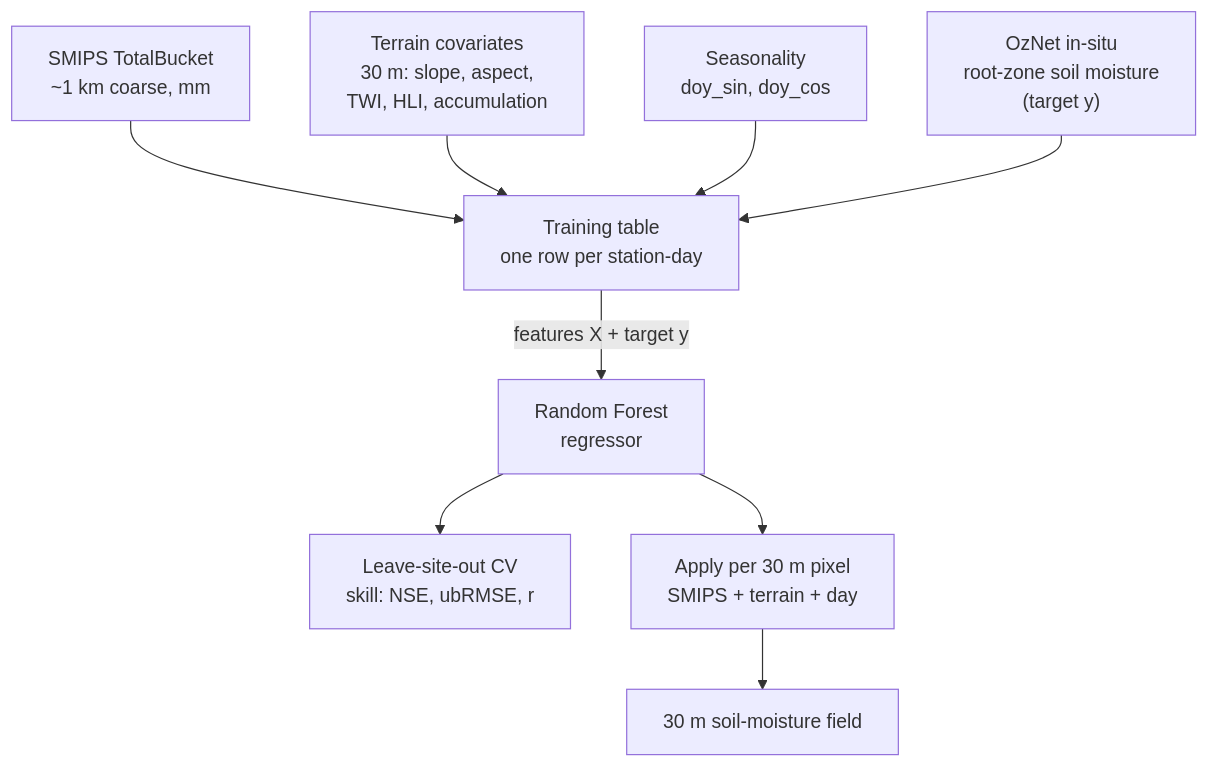
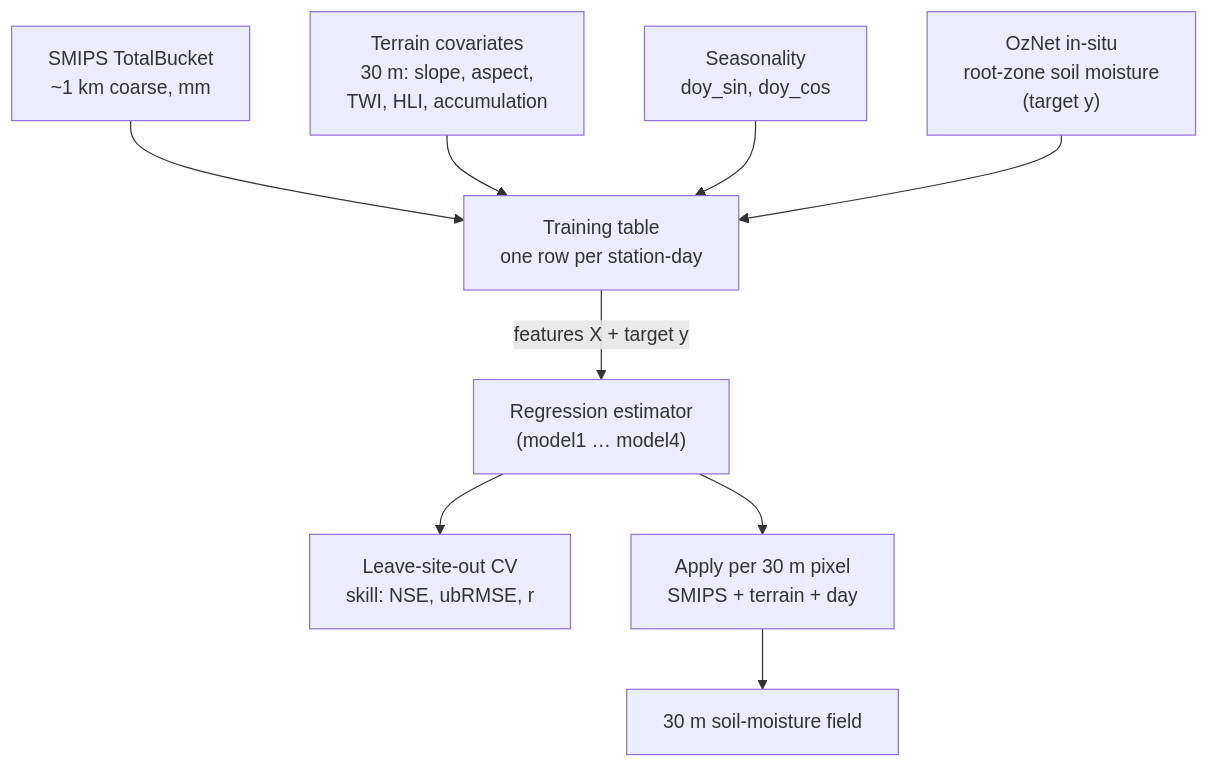
One commit to thestochasticman/DownscalingMoistureModel changed the diagram in handout/README.md. Above: the diagram before and after it, drawn with Mermaid. The commit also changed other lines of this file and 13 other files, not shown here.

````diff
--- a/handout/README.md
+++ b/handout/README.md
@@ -75,18 +103,18 @@
 ```mermaid
 flowchart TD
     OZ["OzNet in-situ<br/>root-zone soil moisture<br/>(target y)"]
     S["SMIPS TotalBucket<br/>~1 km coarse, mm"]
     TR["Terrain covariates<br/>30 m: slope, aspect,<br/>TWI, HLI, accumulation"]
     DOY["Seasonality<br/>doy_sin, doy_cos"]
 
     S --> TBL["Training table<br/>one row per station-day"]
     TR --> TBL
     DOY --> TBL
     OZ --> TBL
 
-    TBL -->|"features X + target y"| RF["Random Forest<br/>regressor"]
+    TBL -->|"features X + target y"| RF["Regression estimator<br/>(model1 … model4)"]
 
     RF --> CV["Leave-site-out CV<br/>skill: NSE, ubRMSE, r"]
     RF --> APP["Apply per 30 m pixel<br/>SMIPS + terrain + day"]
     APP --> OUT["30 m soil-moisture field"]
 ```
````
